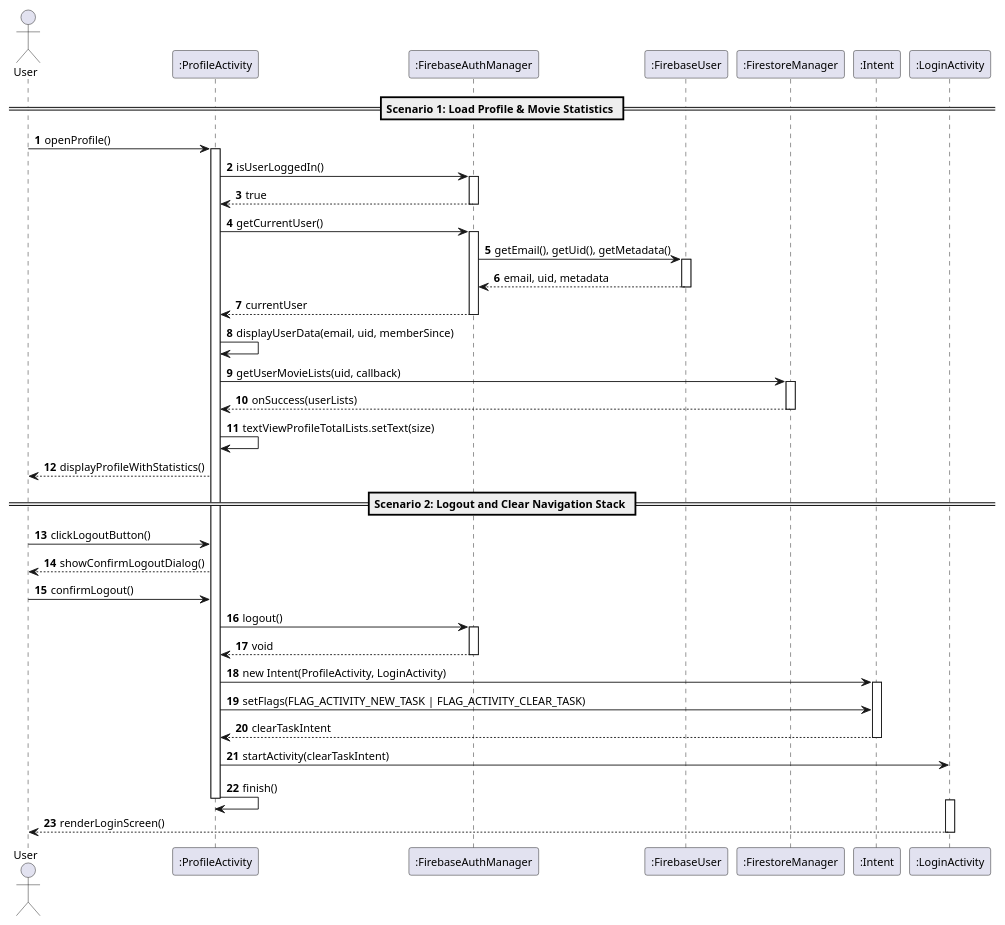
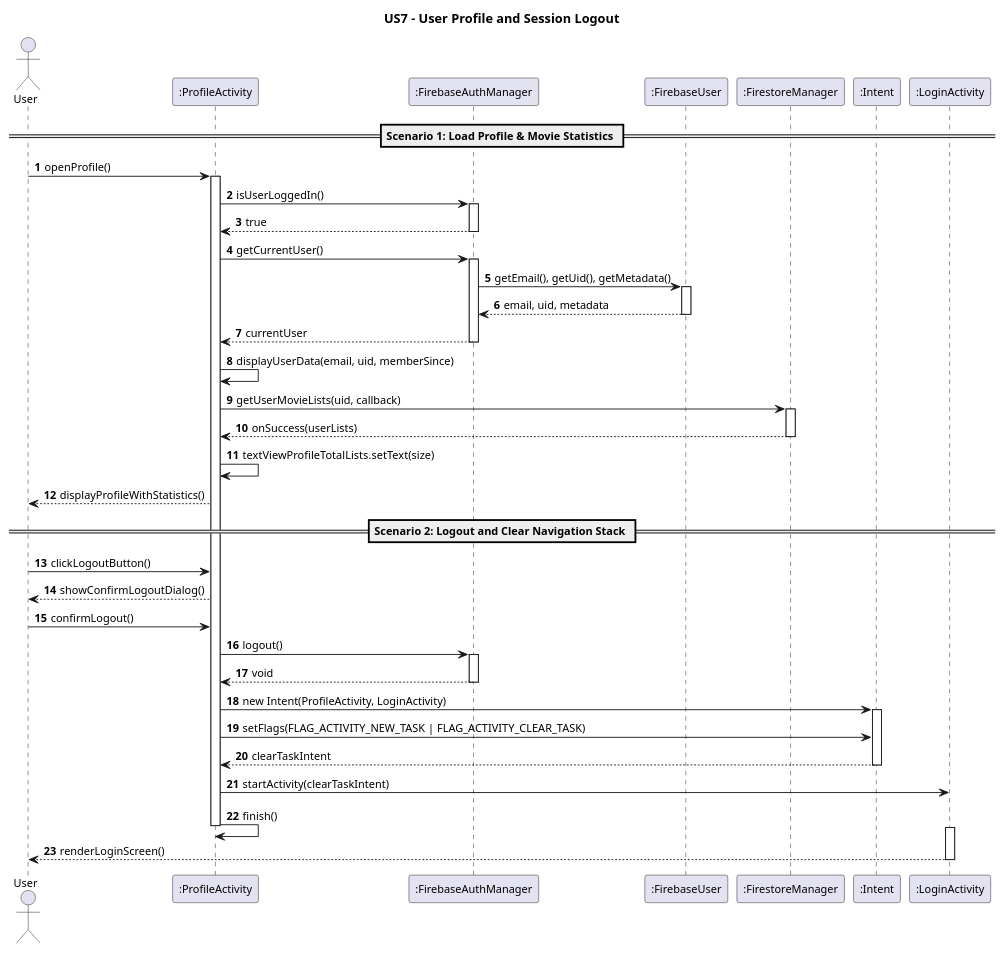
Before and after one commit to Andre-1240567/DSSMV_ProjectDroid_1240567_1241013: the diagram in docs/Use Cases/US7/puml/sd_us7_profile_logout.puml, drawn with PlantUML. The commit also changed 62 other files, not shown here.

Commit message:
docs: add standard 'USX - (Functionality)' titles to all sequence diagrams

```diff
--- a/docs/Use Cases/US7/puml/sd_us7_profile_logout.puml
+++ b/docs/Use Cases/US7/puml/sd_us7_profile_logout.puml
@@ -1,71 +1,73 @@
 @startuml
 skinparam monochrome false
 skinparam shadowing false
 skinparam defaultFontName "Helvetica, Arial, sans-serif"
 skinparam defaultFontSize 12
+
+title US7 - User Profile and Session Logout
 
 actor "User" as User
 participant ":ProfileActivity" as ProfileAct
 participant ":FirebaseAuthManager" as AuthMgr
 participant ":FirebaseUser" as FirebaseUser
 participant ":FirestoreManager" as FirestoreMgr
 participant ":Intent" as Intent
 participant ":LoginActivity" as LoginAct
 
 autonumber
 
 == Scenario 1: Load Profile & Movie Statistics ==
 
 User -> ProfileAct : openProfile()
 activate ProfileAct
 
 ProfileAct -> AuthMgr : isUserLoggedIn()
 activate AuthMgr
 AuthMgr --> ProfileAct : true
 deactivate AuthMgr
 
 ProfileAct -> AuthMgr : getCurrentUser()
 activate AuthMgr
 AuthMgr -> FirebaseUser : getEmail(), getUid(), getMetadata()
 activate FirebaseUser
 FirebaseUser --> AuthMgr : email, uid, metadata
 deactivate FirebaseUser
 AuthMgr --> ProfileAct : currentUser
 deactivate AuthMgr
 
 ProfileAct -> ProfileAct : displayUserData(email, uid, memberSince)
 
 ProfileAct -> FirestoreMgr : getUserMovieLists(uid, callback)
 activate FirestoreMgr
 FirestoreMgr --> ProfileAct : onSuccess(userLists)
 deactivate FirestoreMgr
 
 ProfileAct -> ProfileAct : textViewProfileTotalLists.setText(size)
 ProfileAct --> User : displayProfileWithStatistics()
 
 == Scenario 2: Logout and Clear Navigation Stack ==
 
 User -> ProfileAct : clickLogoutButton()
 ProfileAct --> User : showConfirmLogoutDialog()
 
 User -> ProfileAct : confirmLogout()
 
 ProfileAct -> AuthMgr : logout()
 activate AuthMgr
 AuthMgr --> ProfileAct : void
 deactivate AuthMgr
 
 ProfileAct -> Intent : new Intent(ProfileActivity, LoginActivity)
 activate Intent
 ProfileAct -> Intent : setFlags(FLAG_ACTIVITY_NEW_TASK | FLAG_ACTIVITY_CLEAR_TASK)
 Intent --> ProfileAct : clearTaskIntent
 deactivate Intent
 
 ProfileAct -> LoginAct : startActivity(clearTaskIntent)
 ProfileAct -> ProfileAct : finish()
 deactivate ProfileAct
 activate LoginAct
 LoginAct --> User : renderLoginScreen()
 deactivate LoginAct
 
 @enduml
```
